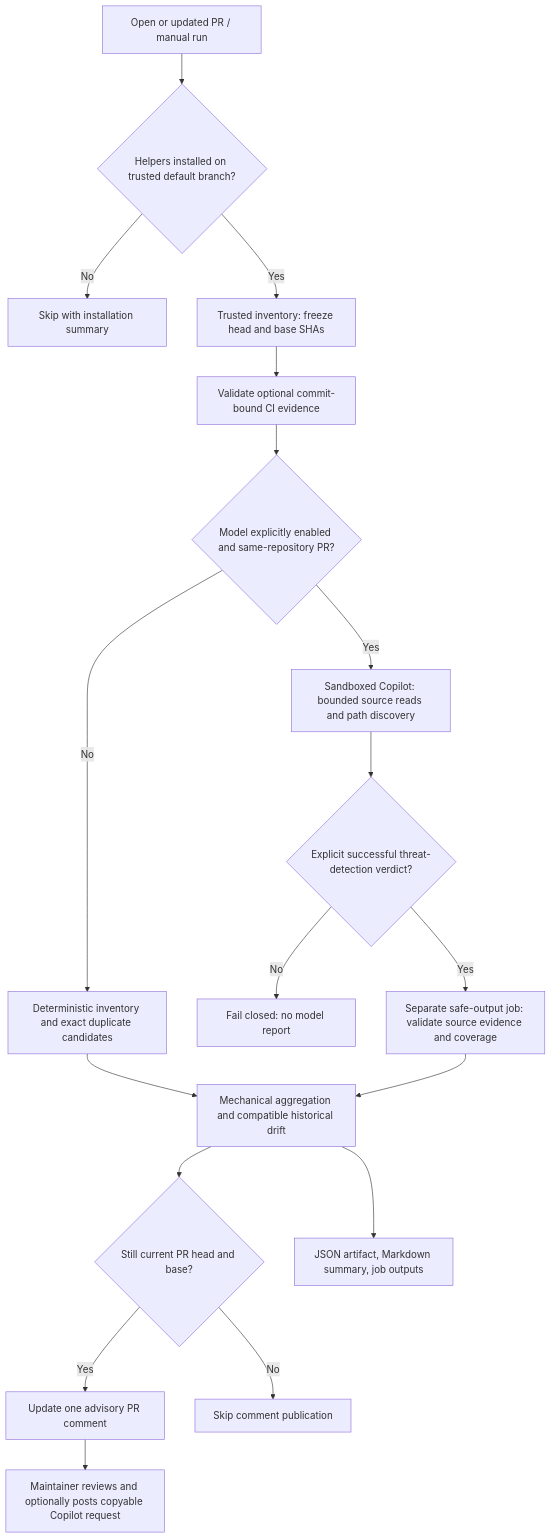
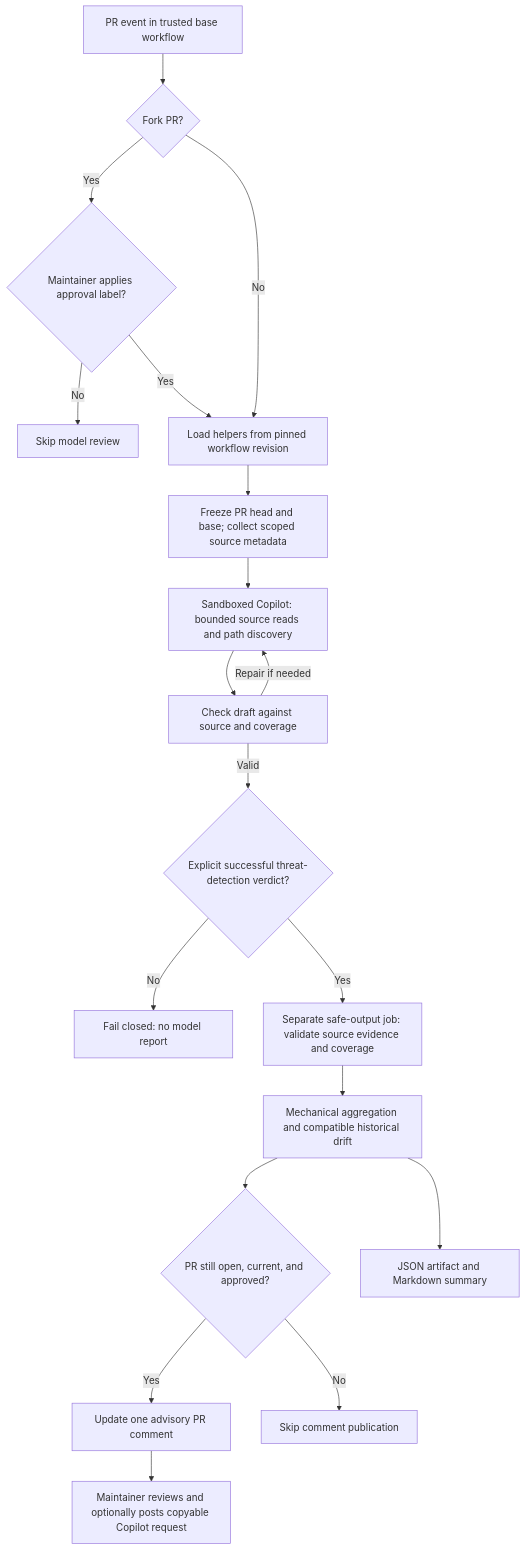
The diagram in README.md (digimangos/ai-slop-assessment), drawn with Mermaid before and after one commit. The commit also changed other lines of this file and 10 other files, not shown here.

````diff
--- a/README.md
+++ b/README.md
@@ -12,20 +12,21 @@
 ```mermaid
 flowchart TD
-    PR[Open or updated PR / manual run] --> Installed{Helpers installed on trusted default branch?}
-    Installed -->|No| Bootstrap[Skip with installation summary]
-    Installed -->|Yes| Scope[Trusted inventory: freeze head and base SHAs]
-    Scope --> Evidence[Validate optional commit-bound CI evidence]
-    Evidence --> Mode{Model explicitly enabled and same-repository PR?}
-    Mode -->|No| Inventory[Deterministic inventory and exact duplicate candidates]
-    Mode -->|Yes| Judge[Sandboxed Copilot: bounded source reads and path discovery]
-    Judge --> Detection{Explicit successful threat-detection verdict?}
+    PR[PR event in trusted base workflow] --> Fork{Fork PR?}
+    Fork -->|Yes| Approved{Maintainer applies approval label?}
+    Approved -->|No| Stop[Skip model review]
+    Approved -->|Yes| Runtime[Load helpers from pinned workflow revision]
+    Fork -->|No| Runtime
+    Runtime --> Scope[Freeze PR head and base; collect scoped source metadata]
+    Scope --> Judge[Sandboxed Copilot: bounded source reads and path discovery]
+    Judge --> Draft[Check draft against source and coverage]
+    Draft -->|Repair if needed| Judge
+    Draft -->|Valid| Detection{Explicit successful threat-detection verdict?}
     Detection -->|No| Reject[Fail closed: no model report]
     Detection -->|Yes| Validate[Separate safe-output job: validate source evidence and coverage]
-    Inventory --> Score[Mechanical aggregation and compatible historical drift]
-    Validate --> Score
-    Score --> Head{Still current PR head and base?}
+    Validate --> Score[Mechanical aggregation and compatible historical drift]
+    Score --> Head{PR still open, current, and approved?}
     Head -->|Yes| Comment[Update one advisory PR comment]
     Head -->|No| Skip[Skip comment publication]
-    Score --> Reports[JSON artifact, Markdown summary, job outputs]
+    Score --> Reports[JSON artifact and Markdown summary]
     Comment --> Human[Maintainer reviews and optionally posts copyable Copilot request]
 ```
````
